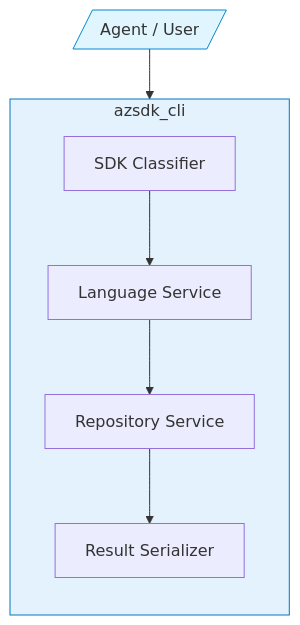
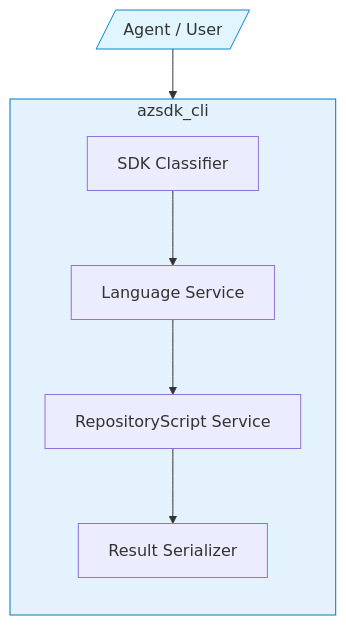
Before and after one commit to Azure/azure-sdk-tools: the first of 2 diagrams in tools/azsdk-cli/docs/specs/6-package-updater.spec.md, drawn with Mermaid. The commit also changed other lines of this file, not shown here.

````diff
--- a/tools/azsdk-cli/docs/specs/6-package-updater.spec.md
+++ b/tools/azsdk-cli/docs/specs/6-package-updater.spec.md
@@ -243,19 +245,19 @@
 ```mermaid
 flowchart TD
   Agent[/Agent / User/] --> azsdk_cli
 
   subgraph azsdk_cli
     direction TB
     classifier[SDK Classifier]
     languageService[Language Service]
-    repoService[Repository Service]    
+    repoService[RepositoryScript Service]    
     serializer[Result Serializer]
   end
 
   classifier --> languageService
   languageService --> repoService
   repoService --> serializer
 
   style azsdk_cli fill:#e3f2fd,stroke:#0277bd
   style Agent fill:#e1f5fe,stroke:#0288d1
 ```
````
